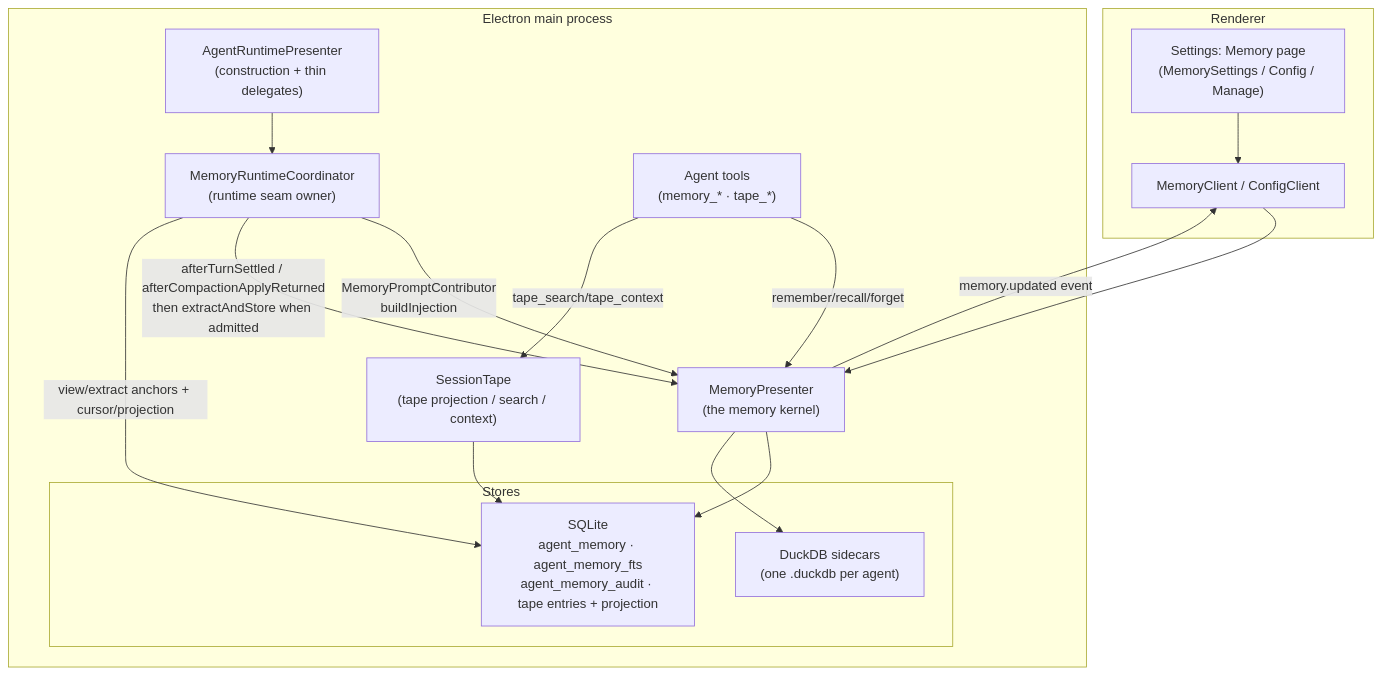
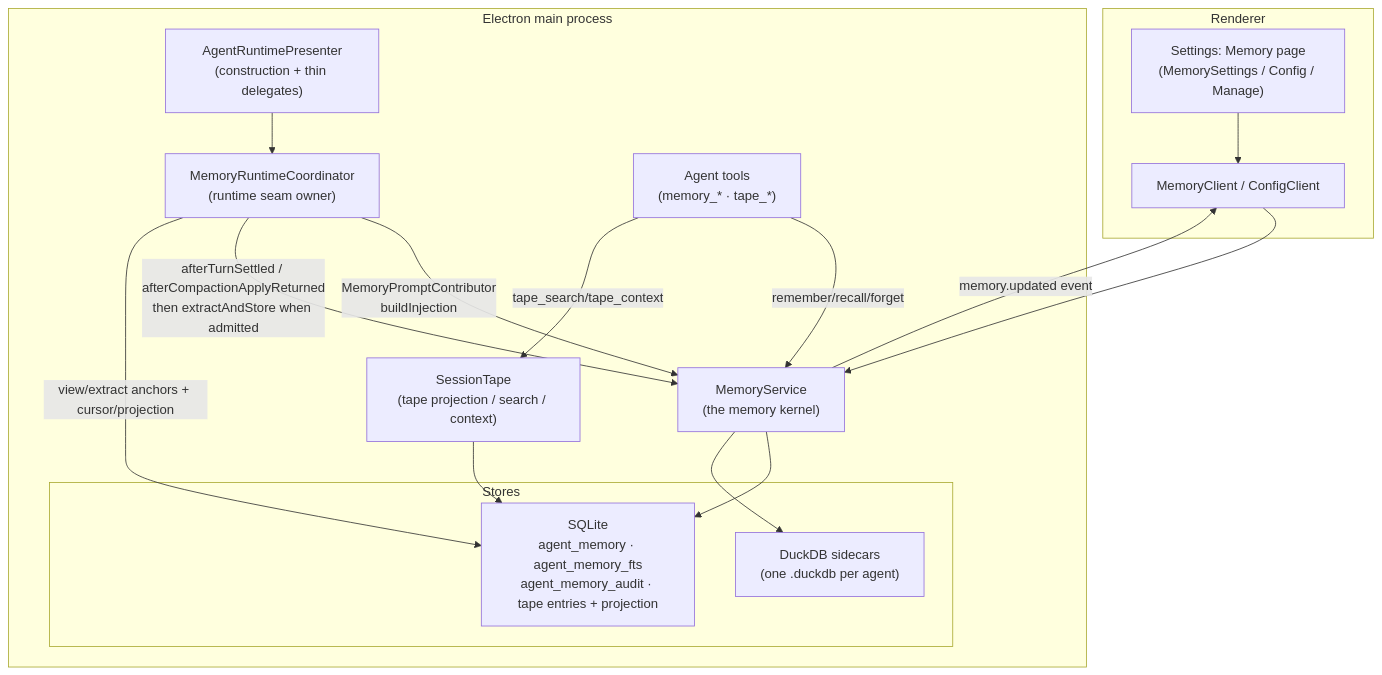
Before and after one commit to ThinkInAIXYZ/deepchat: the first of 6 diagrams in docs/architecture/agent-memory-system/spec.md, drawn with Mermaid. The commit also changed other lines of this file and 178 other files, not shown here.

Commit message:
refactor(memory): move runtime out of presenter

````diff
--- a/docs/architecture/agent-memory-system/spec.md
+++ b/docs/architecture/agent-memory-system/spec.md
@@ -67,29 +67,29 @@
 ```mermaid
 flowchart TD
   subgraph Renderer
     UI["Settings: Memory page<br/>(MemorySettings / Config / Manage)"]
     MC["MemoryClient / ConfigClient"]
   end
   subgraph Main["Electron main process"]
     ARP["AgentRuntimePresenter<br/>(construction + thin delegates)"]
     RC["MemoryRuntimeCoordinator<br/>(runtime seam owner)"]
-    MEM["MemoryPresenter<br/>(the memory kernel)"]
+    MEM["MemoryService<br/>(the memory kernel)"]
     TAPE["SessionTape<br/>(tape projection / search / context)"]
     TOOLS["Agent tools<br/>(memory_* · tape_*)"]
     subgraph Stores
       SQL["SQLite<br/>agent_memory · agent_memory_fts<br/>agent_memory_audit · tape entries + projection"]
       DUCK["DuckDB sidecars<br/>(one .duckdb per agent)"]
     end
   end
   UI --> MC --> MEM
   ARP --> RC
   RC -->|MemoryPromptContributor<br/>buildInjection| MEM
   RC -->|afterTurnSettled / afterCompactionApplyReturned<br/>then extractAndStore when admitted| MEM
   RC -->|view/extract anchors + cursor/projection| SQL
   TOOLS -->|remember/recall/forget| MEM
   TOOLS -->|tape_search/tape_context| TAPE
   MEM --> SQL
   MEM --> DUCK
   TAPE --> SQL
   MEM -->|memory.updated event| MC
 ```
````
